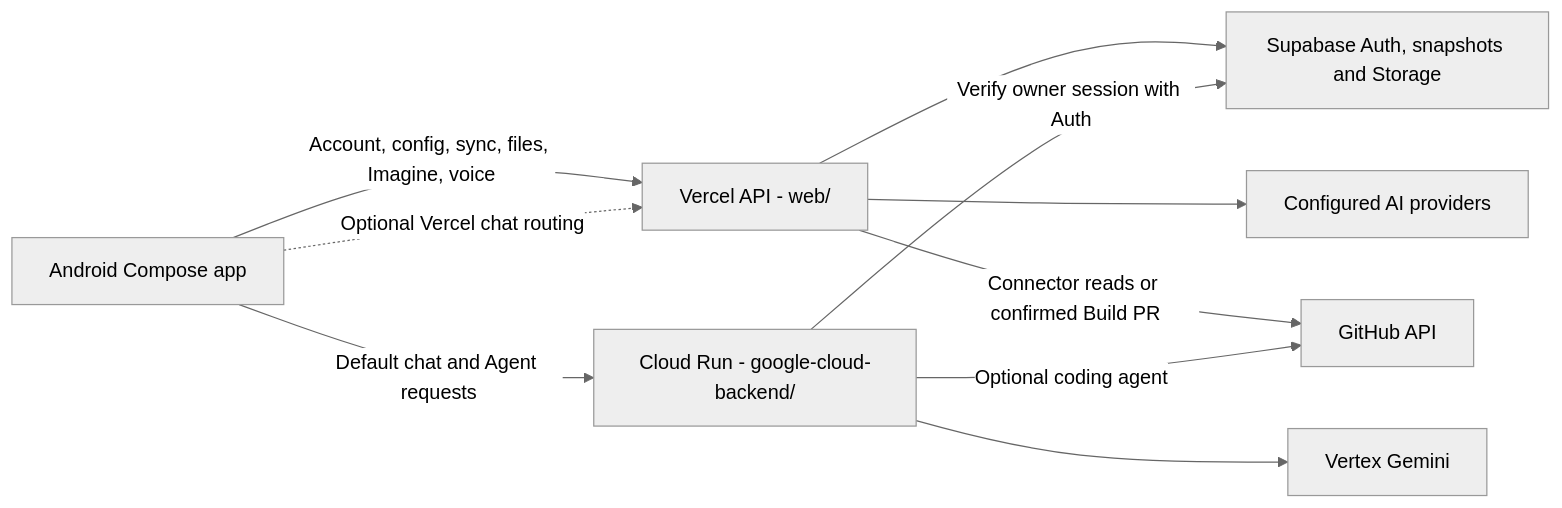
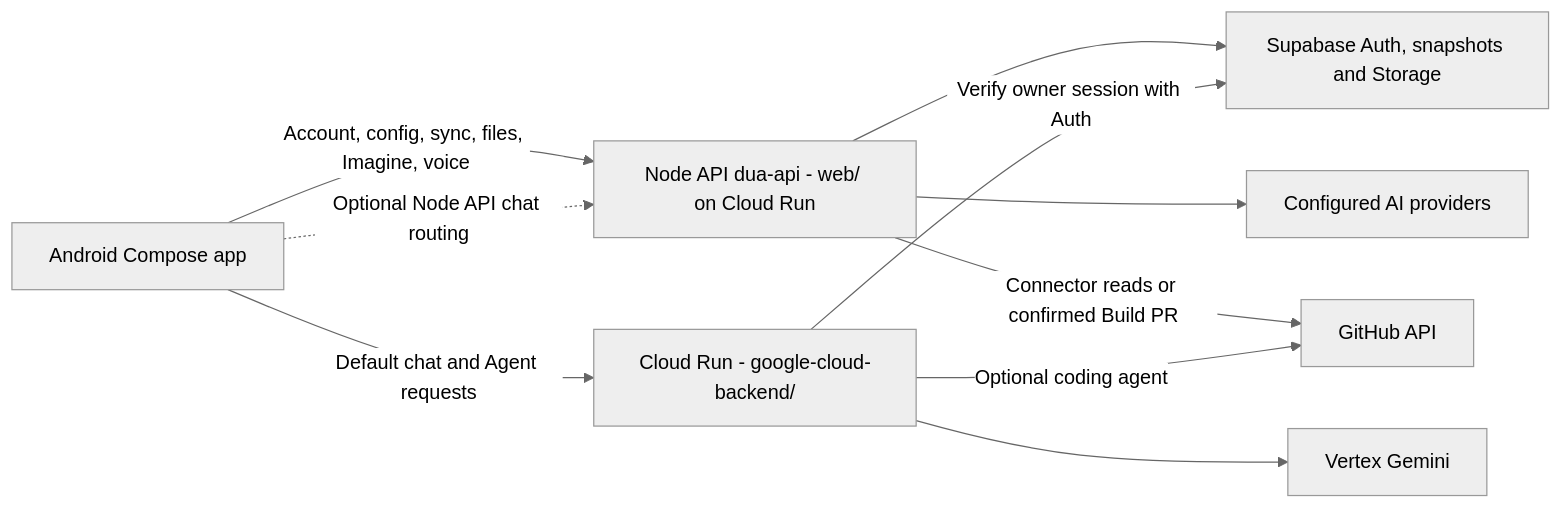
The diagram in docs/ARCHITECTURE.md (KRFbrothers/Dua-ai), drawn with Mermaid (neutral theme) before and after one commit. The commit also changed other lines of this file and 50 other files, not shown here.

Commit message:
Retire Vercel: remove Vercel functions, handler, burst guard and docs; dua-api on Cloud Run is the only Node API host

````diff
--- a/docs/ARCHITECTURE.md
+++ b/docs/ARCHITECTURE.md
@@ -7,19 +7,19 @@
 ```mermaid
 flowchart LR
     Android[Android Compose app]
-    Vercel[Vercel API - web/]
+    NodeApi[Node API dua-api - web/ on Cloud Run]
     Engine[Cloud Run - google-cloud-backend/]
     Supabase[Supabase Auth, snapshots and Storage]
     Providers[Configured AI providers]
     Vertex[Vertex Gemini]
     GitHub[GitHub API]
-    Android -->|Account, config, sync, files, Imagine, voice| Vercel
+    Android -->|Account, config, sync, files, Imagine, voice| NodeApi
     Android -->|Default chat and Agent requests| Engine
-    Android -.->|Optional Vercel chat routing| Vercel
-    Vercel --> Supabase
+    Android -.->|Optional Node API chat routing| NodeApi
+    NodeApi --> Supabase
     Engine -->|Verify owner session with Auth| Supabase
-    Vercel --> Providers
+    NodeApi --> Providers
     Engine --> Vertex
-    Vercel -->|Connector reads or confirmed Build PR| GitHub
+    NodeApi -->|Connector reads or confirmed Build PR| GitHub
     Engine -->|Optional coding agent| GitHub
 ```
````
